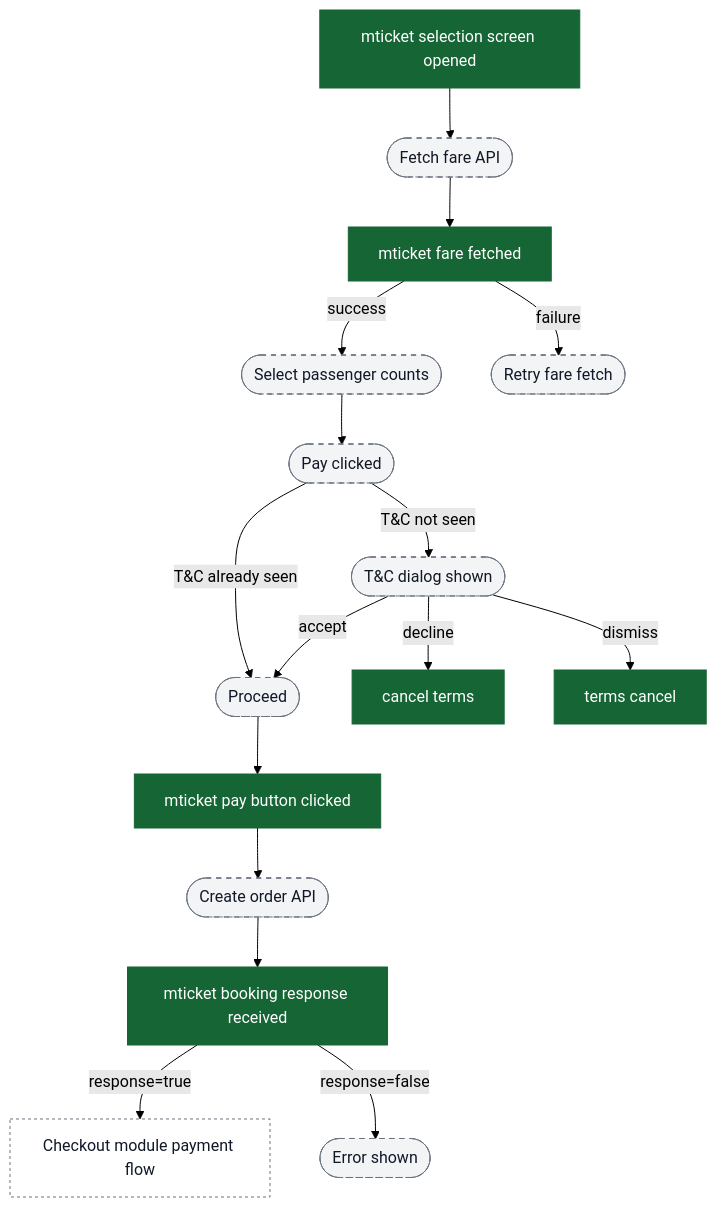
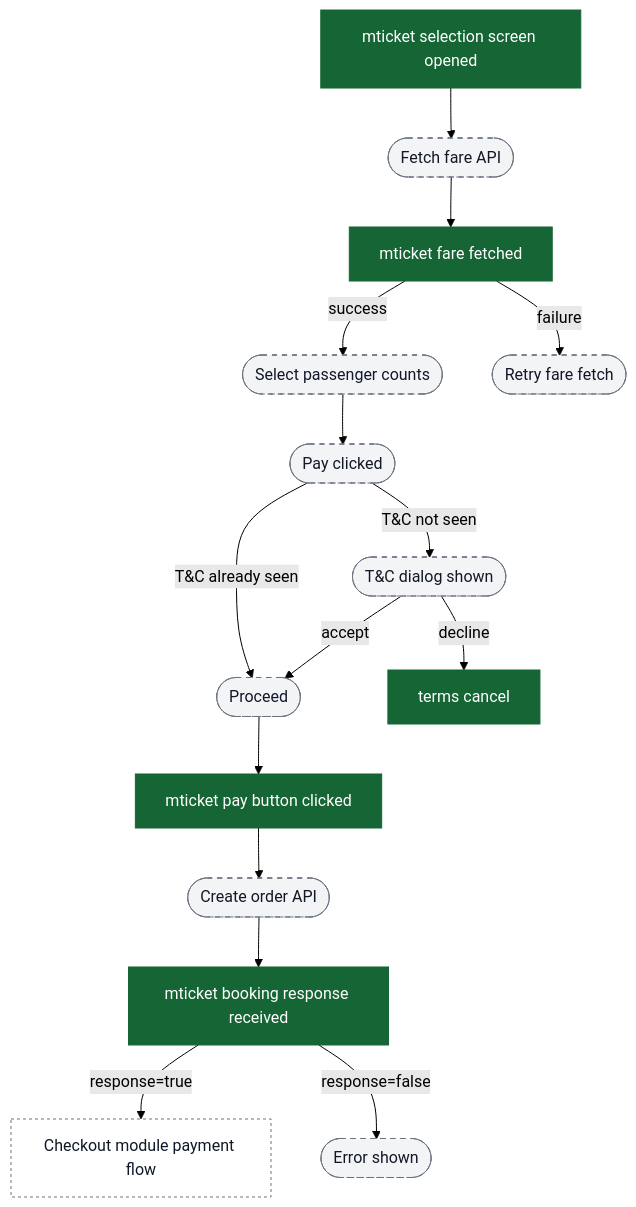
One commit to ratulsarna/chalo-app-dashboard changed the fourth of 17 diagrams in content/analytics/mticket/flow-diagrams.md. Above: the diagram before and after it, drawn with Mermaid (forest theme). The commit also changed other lines of this file and 3 other files, not shown here.

Commit message:
feat(analytics): update mTicket and Trip Planner event definitions and flow diagrams

````diff
--- a/content/analytics/mticket/flow-diagrams.md
+++ b/content/analytics/mticket/flow-diagrams.md
@@ -96,32 +101,31 @@
 ```mermaid
 flowchart TD
   ev_selectionScreenOpen["mticket selection screen opened"] --> ui_fetchFare([Fetch fare API])
   ui_fetchFare --> ev_fareFetched["mticket fare fetched"]
 
   ev_fareFetched -->|success| ui_selectPassengers([Select passenger counts])
   ev_fareFetched -->|failure| ui_retryFare([Retry fare fetch])
 
   ui_selectPassengers --> ui_payClicked([Pay clicked])
 
   ui_payClicked -->|T&C not seen| ui_tncDialog([T&C dialog shown])
   ui_tncDialog -->|accept| ui_proceed([Proceed])
-  ui_tncDialog -->|decline| ev_cancelTerms["cancel terms"]
-  ui_tncDialog -->|dismiss| ev_termsCancel["terms cancel"]
+  ui_tncDialog -->|decline| ev_termsCancel["terms cancel"]
 
   ui_payClicked -->|T&C already seen| ui_proceed
   ui_proceed --> ev_payButtonClicked["mticket pay button clicked"]
 
   ev_payButtonClicked --> ui_createOrder([Create order API])
   ui_createOrder --> ev_bookingResponse["mticket booking response received"]
 
   ev_bookingResponse -->|response=true| external_checkout[Checkout module payment flow]
   ev_bookingResponse -->|response=false| ui_orderError([Error shown])
 
   classDef event fill:#166534,stroke:#166534,color:#ffffff;
   classDef ui fill:#f3f4f6,stroke:#6b7280,stroke-dasharray: 5 5,color:#111827;
   classDef external fill:#ffffff,stroke:#6b7280,stroke-dasharray: 3 3,color:#111827;
 
-  class ev_selectionScreenOpen,ev_fareFetched,ev_cancelTerms,ev_termsCancel,ev_payButtonClicked,ev_bookingResponse event;
+  class ev_selectionScreenOpen,ev_fareFetched,ev_termsCancel,ev_payButtonClicked,ev_bookingResponse event;
   class ui_fetchFare,ui_selectPassengers,ui_retryFare,ui_payClicked,ui_tncDialog,ui_proceed,ui_createOrder,ui_orderError ui;
   class external_checkout external;
 ```
````
